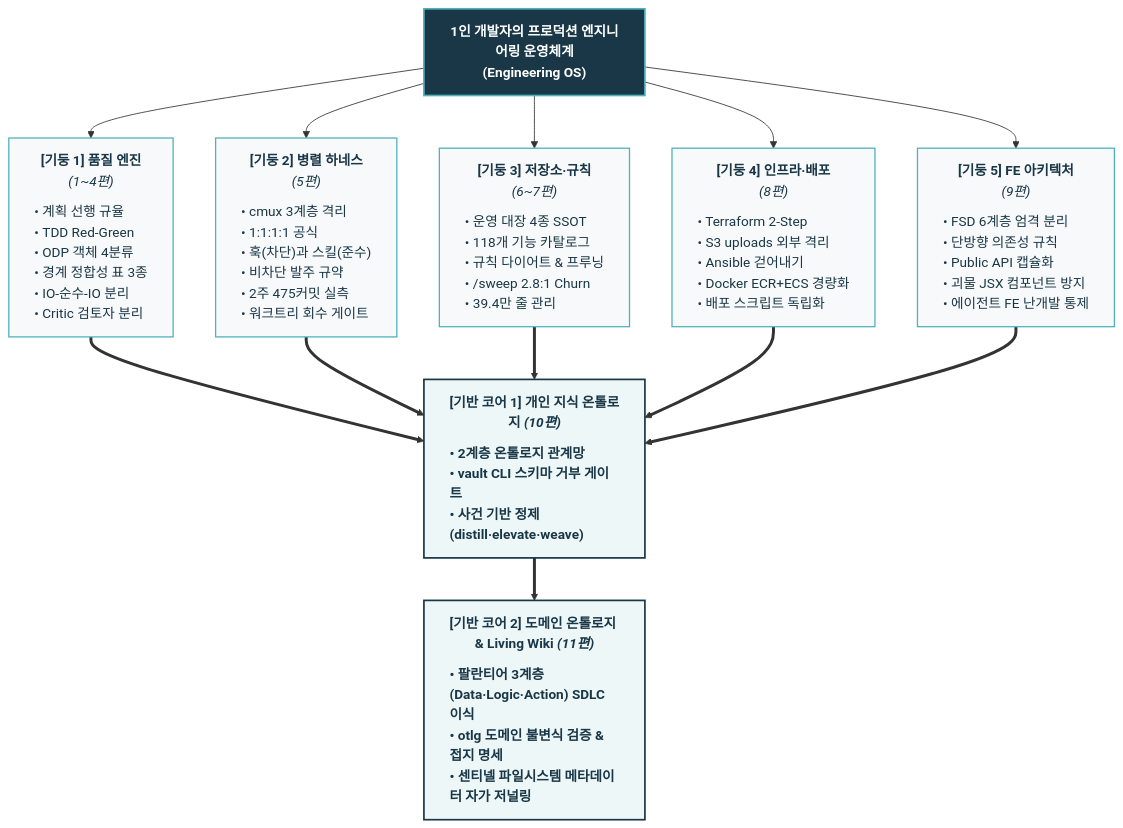
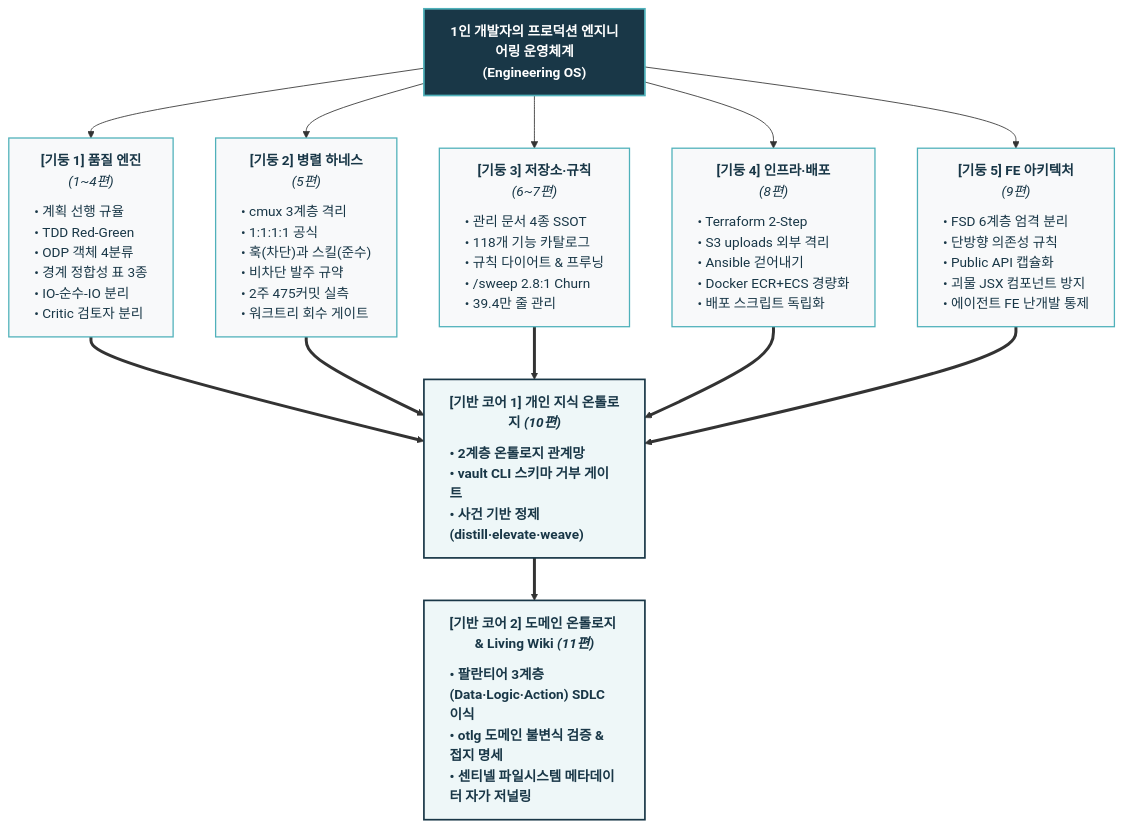
The diagram in _posts/tech/ai-agent-architecture/0 1인 개발자는 어떻게 자신만의 운영체계를 만드는가.md (tomato-vault/tomato-vault.github.io), drawn with Mermaid before and after one commit. The commit also changed other lines of this file and 24 other files, not shown here.

````diff
--- a/_posts/tech/ai-agent-architecture/0 1인 개발자는 어떻게 자신만의 운영체계를 만드는가.md
+++ b/_posts/tech/ai-agent-architecture/0 1인 개발자는 어떻게 자신만의 운영체계를 만드는가.md
@@ -72,22 +68,22 @@
 ```mermaid
 flowchart TD
     classDef header fill:#193747,stroke:#4fb1ba,stroke-width:2px,color:#fff,font-weight:bold
     classDef pillar fill:#f8f9fa,stroke:#4fb1ba,stroke-width:1.5px,color:#193747
     classDef base fill:#eef7f8,stroke:#193747,stroke-width:2px,color:#193747,font-weight:bold
 
     CORE["1인 개발자의 프로덕션 엔지니어링 운영체계<br/><b>(Engineering OS)</b>"]:::header
 
     CORE --> P1["<div style='text-align:center;'><b>[기둥 1] 품질 엔진</b><br/><i>(1~4편)</i></div><hr style='margin:6px 0; border:none; border-top:1px solid #cbd5e1;'/><div style='text-align:left; line-height:1.5;'>• 계획 선행 규율<br/>• TDD Red-Green<br/>• ODP 객체 4분류<br/>• 경계 정합성 표 3종<br/>• IO-순수-IO 분리<br/>• Critic 검토자 분리</div>"]:::pillar
     CORE --> P2["<div style='text-align:center;'><b>[기둥 2] 병렬 하네스</b><br/><i>(5편)</i></div><hr style='margin:6px 0; border:none; border-top:1px solid #cbd5e1;'/><div style='text-align:left; line-height:1.5;'>• cmux 3계층 격리<br/>• 1:1:1:1 공식<br/>• 훅(차단)과 스킬(준수)<br/>• 비차단 발주 규약<br/>• 2주 475커밋 실측<br/>• 워크트리 회수 게이트</div>"]:::pillar
-    CORE --> P3["<div style='text-align:center;'><b>[기둥 3] 저장소·규칙</b><br/><i>(6~7편)</i></div><hr style='margin:6px 0; border:none; border-top:1px solid #cbd5e1;'/><div style='text-align:left; line-height:1.5;'>• 운영 대장 4종 SSOT<br/>• 118개 기능 카탈로그<br/>• 규칙 다이어트 & 프루닝<br/>• /sweep 2.8:1 Churn<br/>• 39.4만 줄 관리</div>"]:::pillar
+    CORE --> P3["<div style='text-align:center;'><b>[기둥 3] 저장소·규칙</b><br/><i>(6~7편)</i></div><hr style='margin:6px 0; border:none; border-top:1px solid #cbd5e1;'/><div style='text-align:left; line-height:1.5;'>• 관리 문서 4종 SSOT<br/>• 118개 기능 카탈로그<br/>• 규칙 다이어트 & 프루닝<br/>• /sweep 2.8:1 Churn<br/>• 39.4만 줄 관리</div>"]:::pillar
     CORE --> P4["<div style='text-align:center;'><b>[기둥 4] 인프라·배포</b><br/><i>(8편)</i></div><hr style='margin:6px 0; border:none; border-top:1px solid #cbd5e1;'/><div style='text-align:left; line-height:1.5;'>• Terraform 2-Step<br/>• S3 uploads 외부 격리<br/>• Ansible 걷어내기<br/>• Docker ECR+ECS 경량화<br/>• 배포 스크립트 독립화</div>"]:::pillar
     CORE --> P5["<div style='text-align:center;'><b>[기둥 5] FE 아키텍처</b><br/><i>(9편)</i></div><hr style='margin:6px 0; border:none; border-top:1px solid #cbd5e1;'/><div style='text-align:left; line-height:1.5;'>• FSD 6계층 엄격 분리<br/>• 단방향 의존성 규칙<br/>• Public API 캡슐화<br/>• 괴물 JSX 컴포넌트 방지<br/>• 에이전트 FE 난개발 통제</div>"]:::pillar
 
     P1 ==> BASE1["<div style='text-align:center;'><b>[기반 코어 1] 개인 지식 온톨로지</b> <i>(10편)</i></div><hr style='margin:6px 0; border:none; border-top:1px solid #cbd5e1;'/><div style='text-align:left; line-height:1.5;'>• 2계층 온톨로지 관계망<br/>• vault CLI 스키마 거부 게이트<br/>• 사건 기반 정제 (distill·elevate·weave)</div>"]:::base
     P2 ==> BASE1
     P3 ==> BASE1
     P4 ==> BASE1
     P5 ==> BASE1
 
     BASE1 ==> BASE2["<div style='text-align:center;'><b>[기반 코어 2] 도메인 온톨로지 & Living Wiki</b> <i>(11편)</i></div><hr style='margin:6px 0; border:none; border-top:1px solid #cbd5e1;'/><div style='text-align:left; line-height:1.5;'>• 팔란티어 3계층 (Data·Logic·Action) SDLC 이식<br/>• otlg 도메인 불변식 검증 & 접지 명세<br/>• 센티넬 파일시스템 메타데이터 자가 저널링</div>"]:::base
 ```
````
